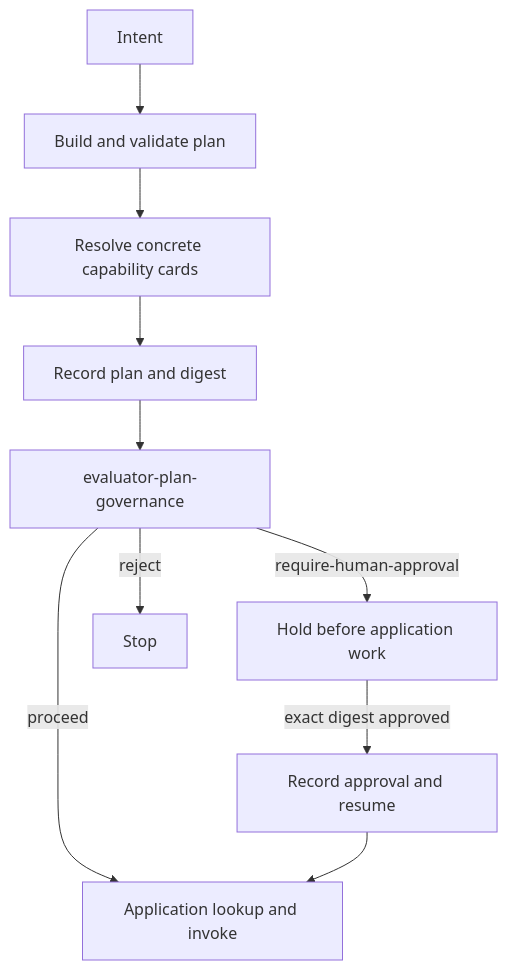
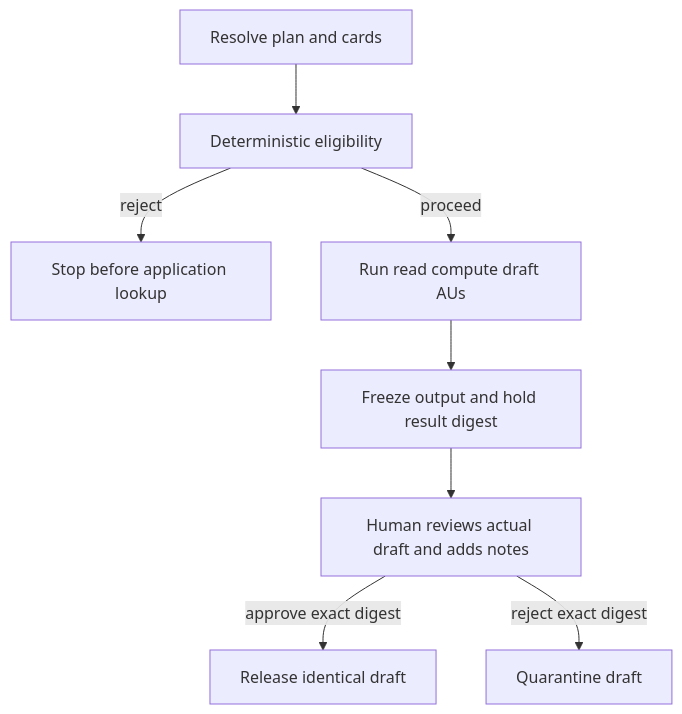
One commit to AgentOrientedArchitecture/aoa-course changed the diagram in system/services/planner/README.md. Above: the diagram before and after it, drawn with Mermaid. The commit also changed other lines of this file and 34 other files, not shown here.

````diff
--- a/system/services/planner/README.md
+++ b/system/services/planner/README.md
@@ -55,12 +58,10 @@
 ```mermaid
 flowchart TD
-    A[Intent] --> B[Build and validate plan]
-    B --> C[Resolve concrete capability cards]
-    C --> D[Record plan and digest]
-    D --> E[evaluator-plan-governance]
-    E -->|proceed| F[Application lookup and invoke]
-    E -->|require-human-approval| G[Hold before application work]
-    G -->|exact digest approved| H[Record approval and resume]
-    H --> F
-    E -->|reject| I[Stop]
+    A[Resolve plan and cards] --> B[Deterministic eligibility]
+    B -->|reject| C[Stop before application lookup]
+    B -->|proceed| D[Run read compute draft AUs]
+    D --> E[Freeze output and hold result digest]
+    E --> F[Human reviews actual draft and adds notes]
+    F -->|approve exact digest| G[Release identical draft]
+    F -->|reject exact digest| H[Quarantine draft]
 ```
````
